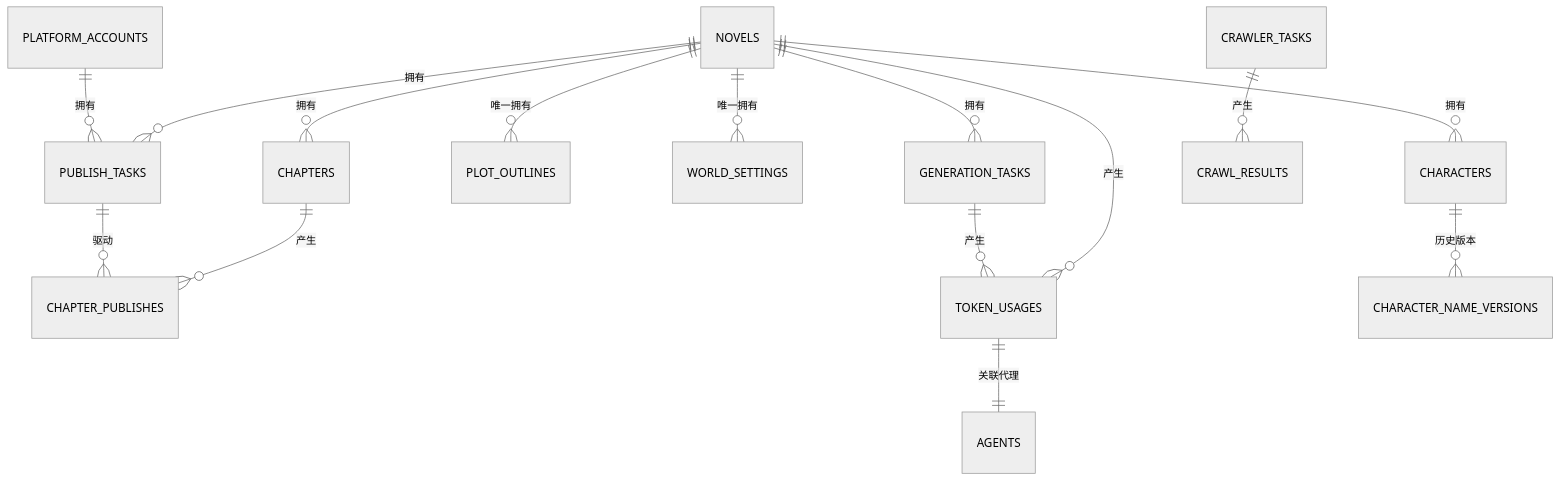
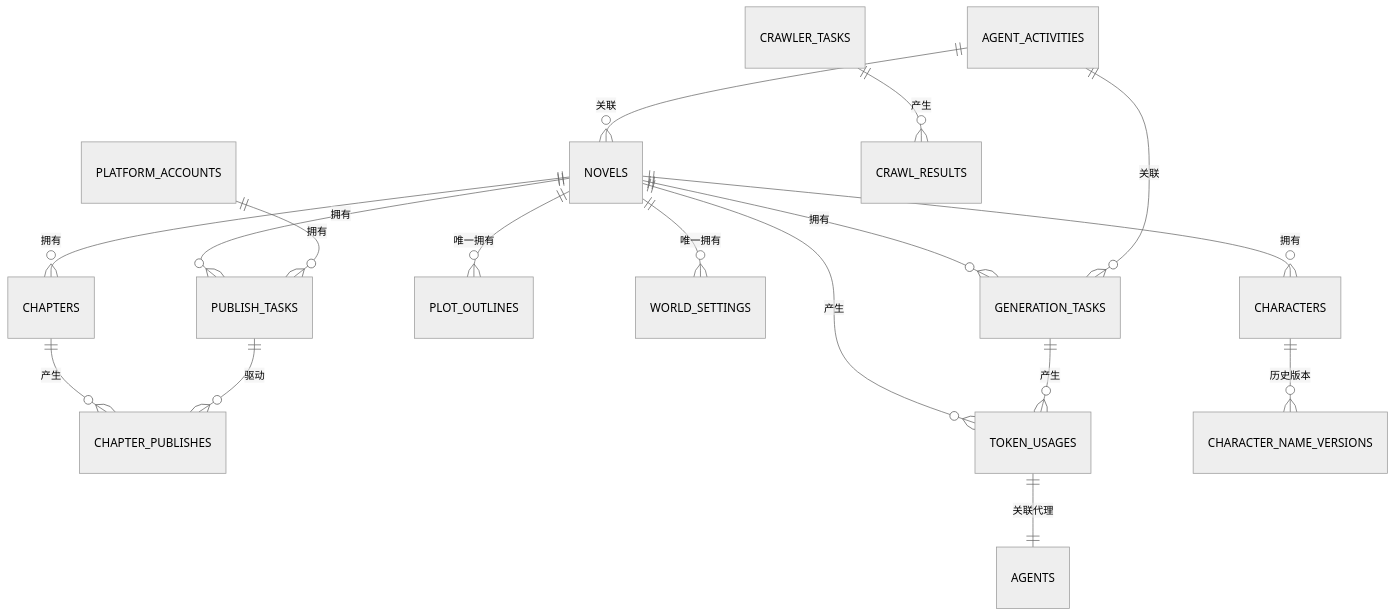
Before and after one commit to xfbyxq/ai-novel-system: the sixth of 8 diagrams in .qoder/repowiki/zh/content/部署与运维/数据库管理与迁移.md, drawn with Mermaid (neutral theme). The commit also changed other lines of this file and 4 other files, not shown here.

First line of the commit message:
feat(database): 切换至手动迁移脚本系统并增强数据库Schema设计

````diff
--- a/.qoder/repowiki/zh/content/部署与运维/数据库管理与迁移.md
+++ b/.qoder/repowiki/zh/content/部署与运维/数据库管理与迁移.md
@@ -223,17 +209,19 @@
 ```mermaid
 erDiagram
 NOVELS ||--o{ CHAPTERS : "拥有"
 NOVELS ||--o{ CHARACTERS : "拥有"
 NOVELS ||--o{ PLOT_OUTLINES : "唯一拥有"
 NOVELS ||--o{ WORLD_SETTINGS : "唯一拥有"
 NOVELS ||--o{ GENERATION_TASKS : "拥有"
 NOVELS ||--o{ PUBLISH_TASKS : "拥有"
 PLATFORM_ACCOUNTS ||--o{ PUBLISH_TASKS : "拥有"
 CHAPTERS ||--o{ CHAPTER_PUBLISHES : "产生"
 PUBLISH_TASKS ||--o{ CHAPTER_PUBLISHES : "驱动"
 CRAWLER_TASKS ||--o{ CRAWL_RESULTS : "产生"
 NOVELS ||--o{ TOKEN_USAGES : "产生"
 GENERATION_TASKS ||--o{ TOKEN_USAGES : "产生"
 TOKEN_USAGES ||--|| AGENTS : "关联代理"
 CHARACTERS ||--o{ CHARACTER_NAME_VERSIONS : "历史版本"
+AGENT_ACTIVITIES ||--o{ NOVELS : "关联"
+AGENT_ACTIVITIES ||--o{ GENERATION_TASKS : "关联"
 ```
````
